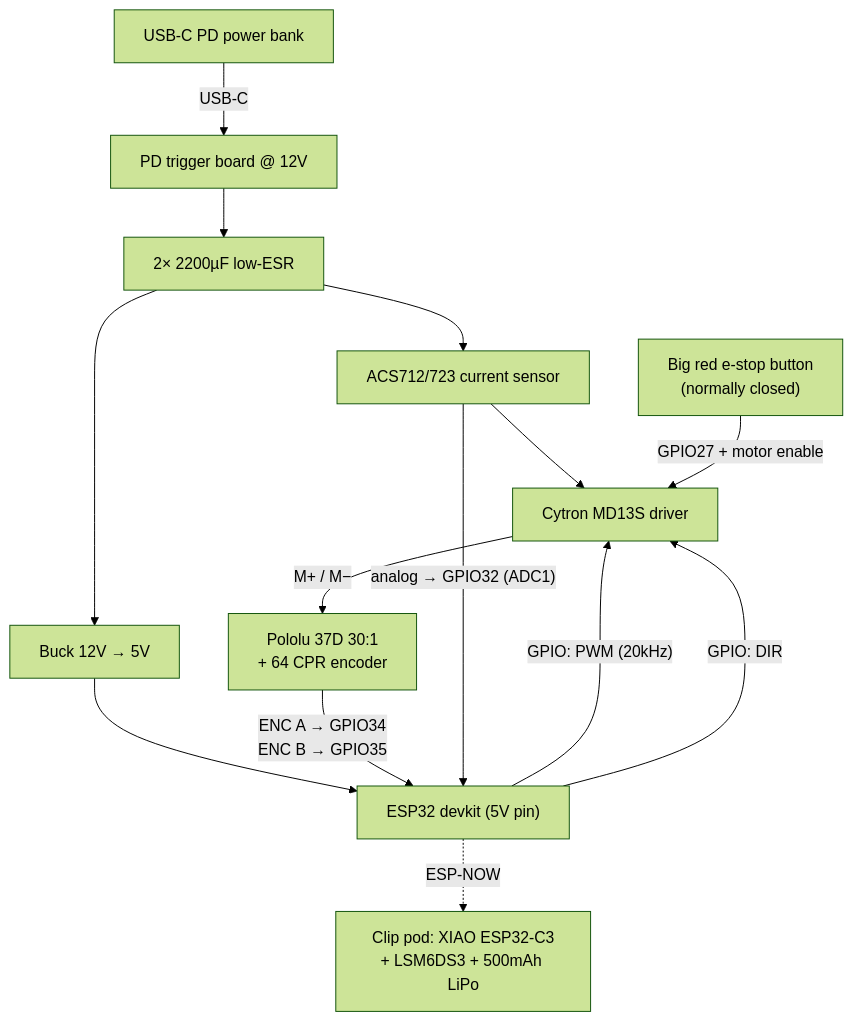
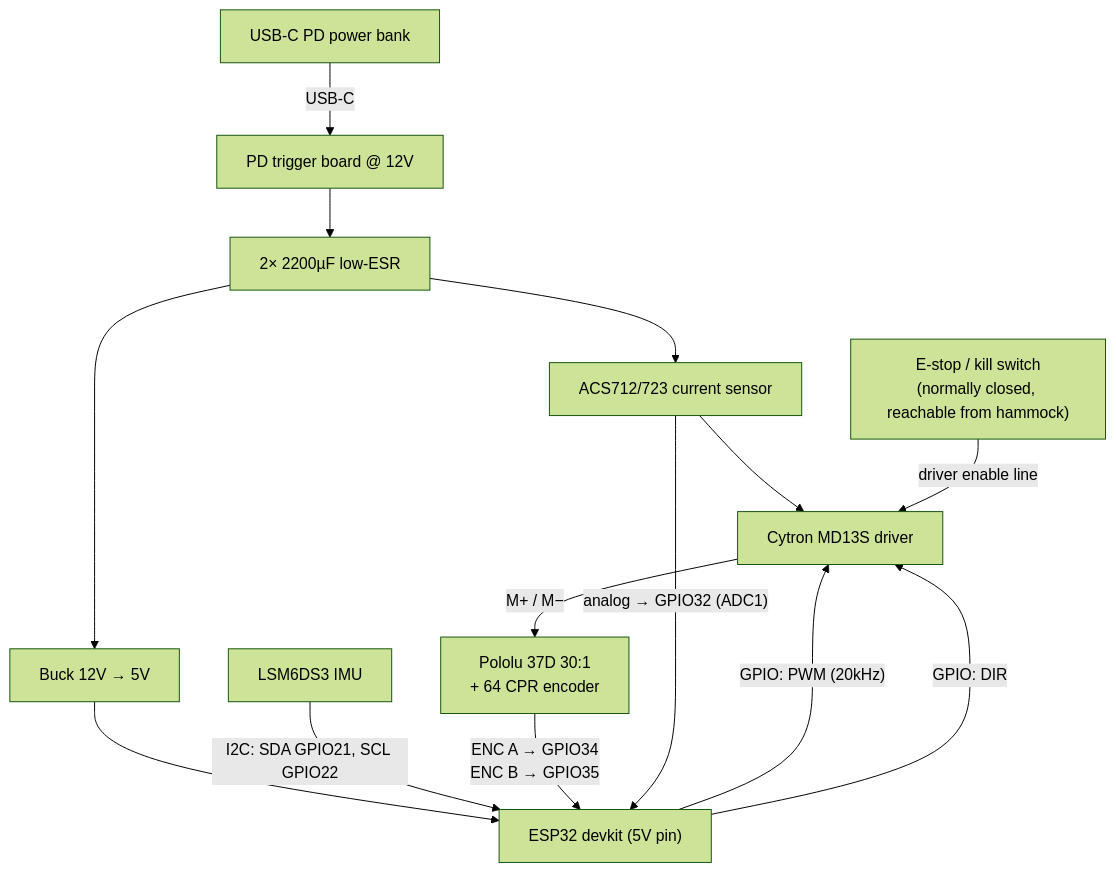
One commit to GeorgeSheppard/HammockPro changed the diagram in docs/04-electronics-and-power.md. Above: the diagram before and after it, drawn with Mermaid (forest theme). The commit also changed other lines of this file and 9 other files, not shown here.

First line of the commit message:
Rework architecture: single hammock-mounted pod with passive anchor

````diff
--- a/docs/04-electronics-and-power.md
+++ b/docs/04-electronics-and-power.md
@@ -63,17 +87,17 @@
 ```mermaid
 flowchart TB
     PB["USB-C PD power bank"] -->|USB-C| TRIG["PD trigger board @ 12V"]
     TRIG --> CAPS["2× 2200µF low-ESR"]
     CAPS --> ACS["ACS712/723 current sensor"]
     ACS --> MD["Cytron MD13S driver"]
     MD -->|"M+ / M−"| MOTOR["Pololu 37D 30:1<br/>+ 64 CPR encoder"]
     CAPS --> BUCK["Buck 12V → 5V"]
     BUCK --> ESP["ESP32 devkit (5V pin)"]
 
+    IMU["LSM6DS3 IMU"] -->|"I2C: SDA GPIO21, SCL GPIO22"| ESP
     ESP -->|"GPIO: PWM (20kHz)"| MD
     ESP -->|"GPIO: DIR"| MD
     MOTOR -->|"ENC A → GPIO34<br/>ENC B → GPIO35"| ESP
     ACS -->|"analog → GPIO32 (ADC1)"| ESP
-    ESTOP["Big red e-stop button<br/>(normally closed)"] -->|"GPIO27 + motor enable"| MD
-    ESP -.->|"ESP-NOW"| CLIPPOD["Clip pod: XIAO ESP32-C3<br/>+ LSM6DS3 + 500mAh LiPo"]
+    ESTOP["E-stop / kill switch<br/>(normally closed, reachable from hammock)"] -->|"driver enable line"| MD
 ```
````
